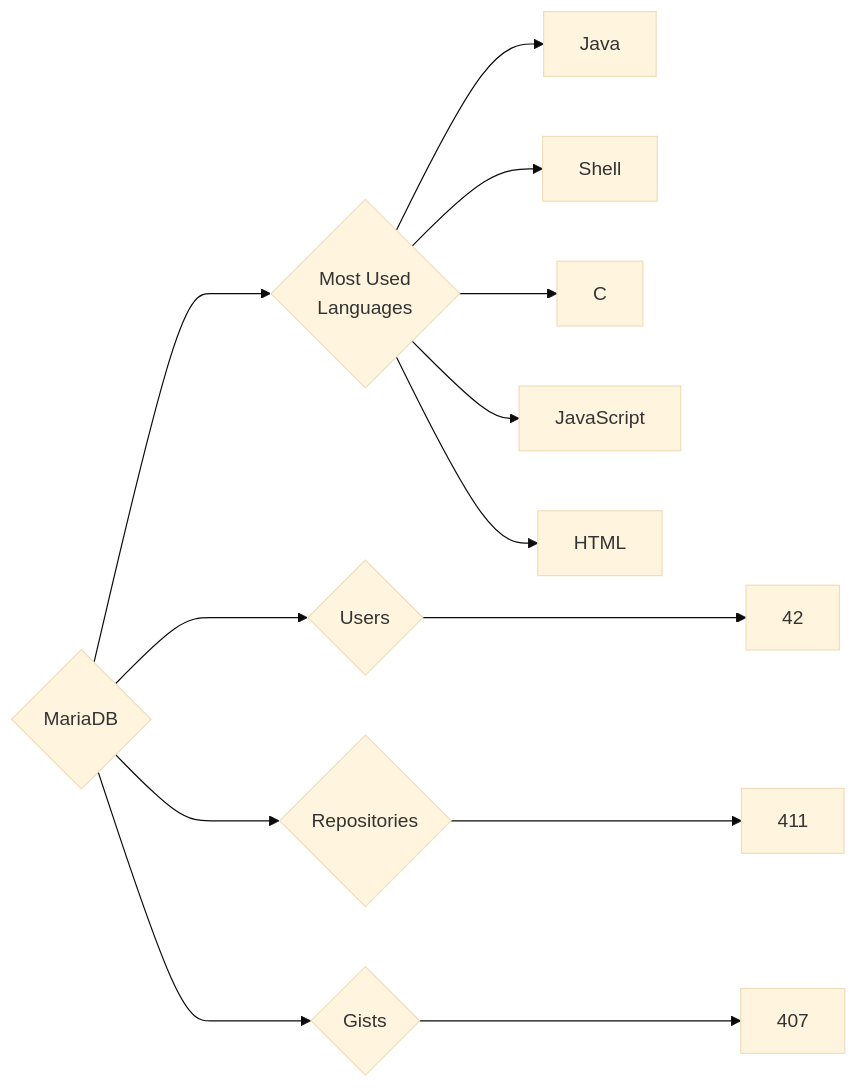
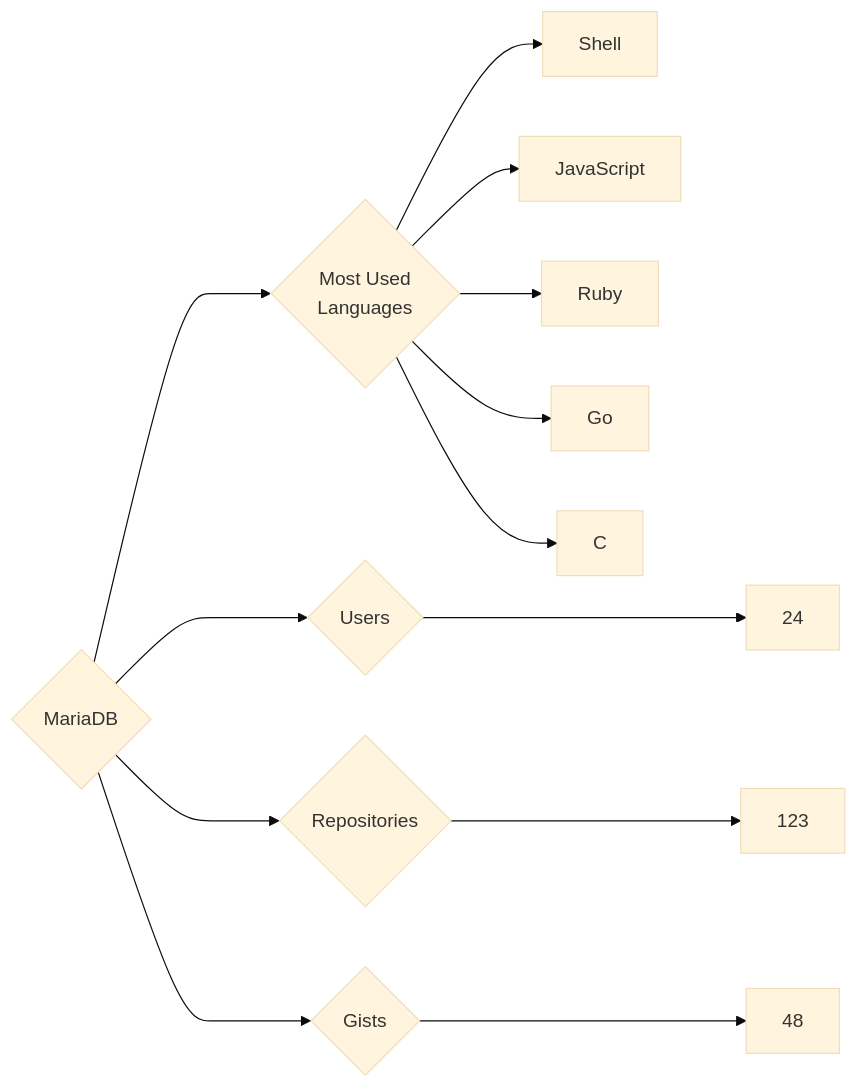
The diagram in targets/MariaDB/README.md (trickest/insiders), drawn with Mermaid (base theme) before and after one commit. The commit also changed 582 other files, not shown here.

````diff
--- a/targets/MariaDB/README.md
+++ b/targets/MariaDB/README.md
@@ -3,13 +3,13 @@
 ```mermaid
 graph LR
 COMPANY_NAME{MariaDB}
-COMPANY_NAME ---> U{Users} ---> UN[42]
-COMPANY_NAME ---> R{Repositories} ---> RN[411]
-COMPANY_NAME ---> G{Gists} ---> GN[407]
+COMPANY_NAME ---> U{Users} ---> UN[24]
+COMPANY_NAME ---> R{Repositories} ---> RN[123]
+COMPANY_NAME ---> G{Gists} ---> GN[48]
 COMPANY_NAME ---> ML{Most Used<br>Languages}
-ML --> Java[Java]
 ML --> Shell[Shell]
+ML --> JavaScript[JavaScript]
+ML --> Ruby[Ruby]
+ML --> Go[Go]
 ML --> C[C]
-ML --> JavaScript[JavaScript]
-ML --> HTML[HTML]
 ```
````
